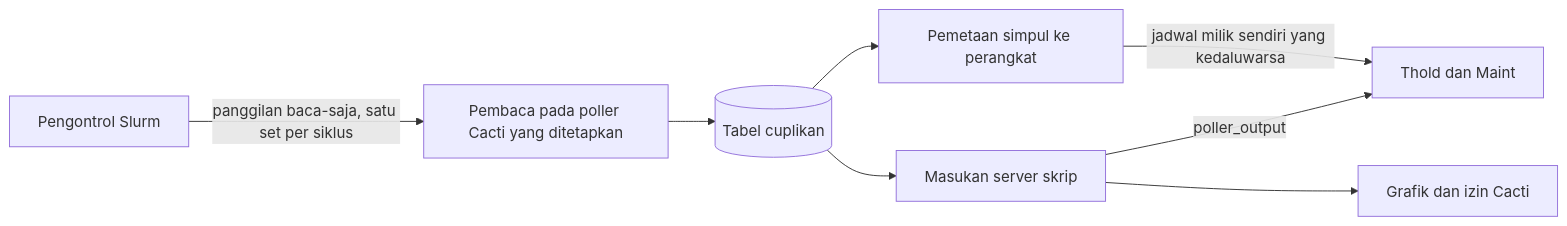
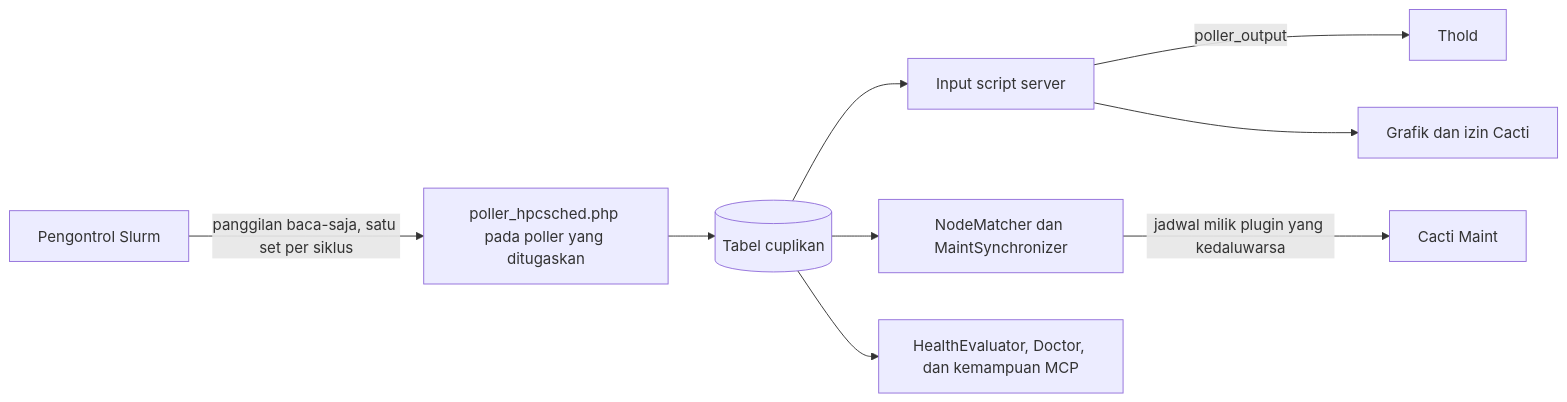
One commit to somethingwithproof/plugin_hpcsched changed the diagram in docs/i18n/id-ID/README.md. Above: the diagram before and after it, drawn with Mermaid. The commit also changed other lines of this file and 48 other files, not shown here.

````diff
--- a/docs/i18n/id-ID/README.md
+++ b/docs/i18n/id-ID/README.md
@@ -109,10 +163,11 @@
 ```mermaid
 flowchart LR
-    S[Pengontrol Slurm] -->|panggilan baca-saja, satu set per siklus| R[Pembaca pada poller Cacti yang ditetapkan]
+    S[Pengontrol Slurm] -->|panggilan baca-saja, satu set per siklus| R[poller_hpcsched.php pada poller yang ditugaskan]
     R --> SNAP[(Tabel cuplikan)]
-    SNAP --> SS[Masukan server skrip]
-    SS -->|poller_output| T[Thold dan Maint]
+    SNAP --> SS[Input script server]
+    SS -->|poller_output| T[Thold]
     SS --> G[Grafik dan izin Cacti]
-    SNAP --> MAP[Pemetaan simpul ke perangkat]
-    MAP -->|jadwal milik sendiri yang kedaluwarsa| T
+    SNAP --> MAP[NodeMatcher dan MaintSynchronizer]
+    MAP -->|jadwal milik plugin yang kedaluwarsa| M[Cacti Maint]
+    SNAP --> H[HealthEvaluator, Doctor, dan kemampuan MCP]
 ```
````
